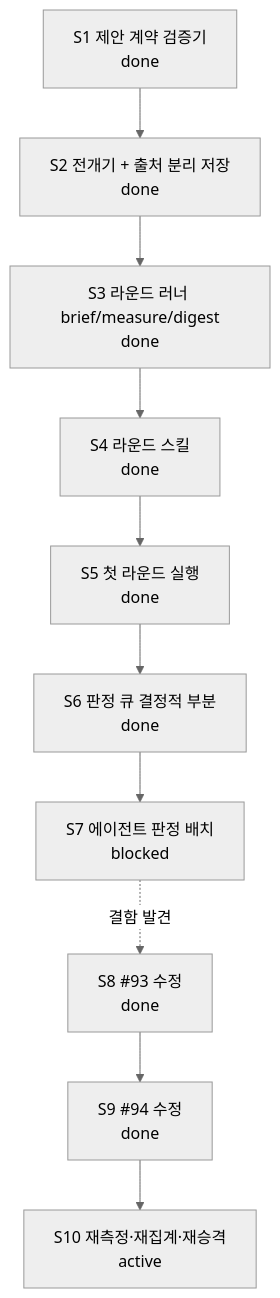
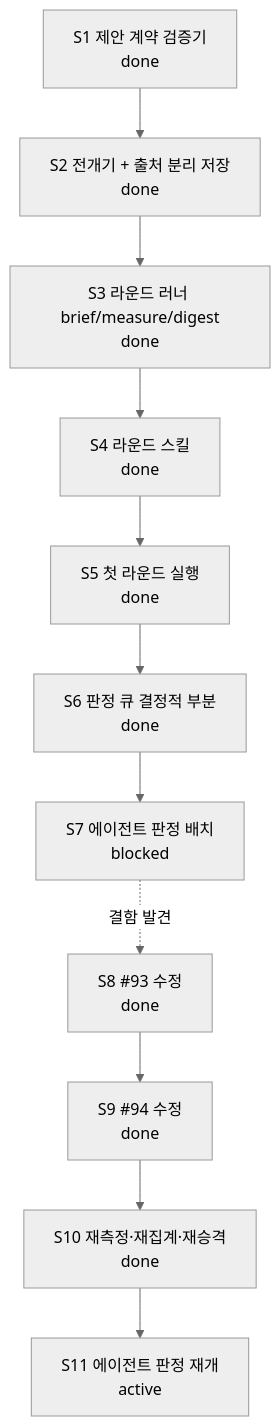
One commit to skerfolg/poe2-ai-wiki changed the diagram in docs/CURRENT-PLAN.md. Above: the diagram before and after it, drawn with Mermaid (neutral theme). The commit also changed other lines of this file and 6 other files, not shown here.

First line of the commit message:
#93·#94 완결 — 재측정 2,689벌, 재집계, NodeValue 재승격

````diff
--- a/docs/CURRENT-PLAN.md
+++ b/docs/CURRENT-PLAN.md
@@ -23,15 +23,16 @@
 ```mermaid
 flowchart TD
   CONTRACT[S1 제안 계약 검증기<br/>done]
   FLOW[S2 전개기 + 출처 분리 저장<br/>done]
   ROUND[S3 라운드 러너 brief/measure/digest<br/>done]
   SKILL[S4 라운드 스킬<br/>done]
   FIRST[S5 첫 라운드 실행<br/>done]
   NECESS[S6 판정 큐 결정적 부분<br/>done]
   JUDGE[S7 에이전트 판정 배치<br/>blocked]
   FIX[S8 #93 수정<br/>done]
   REMEAS[S9 #94 수정<br/>done]
-  REAGG[S10 재측정·재집계·재승격<br/>active]
+  REAGG[S10 재측정·재집계·재승격<br/>done]
+  RESUME[S11 에이전트 판정 재개<br/>active]
   CONTRACT --> FLOW --> ROUND --> SKILL --> FIRST --> NECESS --> JUDGE
-  JUDGE -. 결함 발견 .-> FIX --> REMEAS --> REAGG
+  JUDGE -. 결함 발견 .-> FIX --> REMEAS --> REAGG --> RESUME
 ```
````
